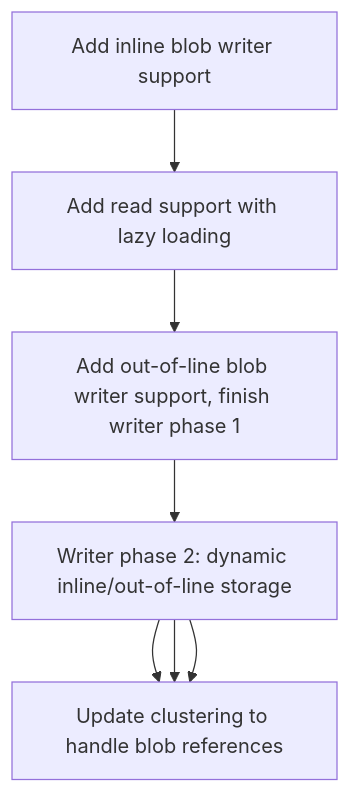
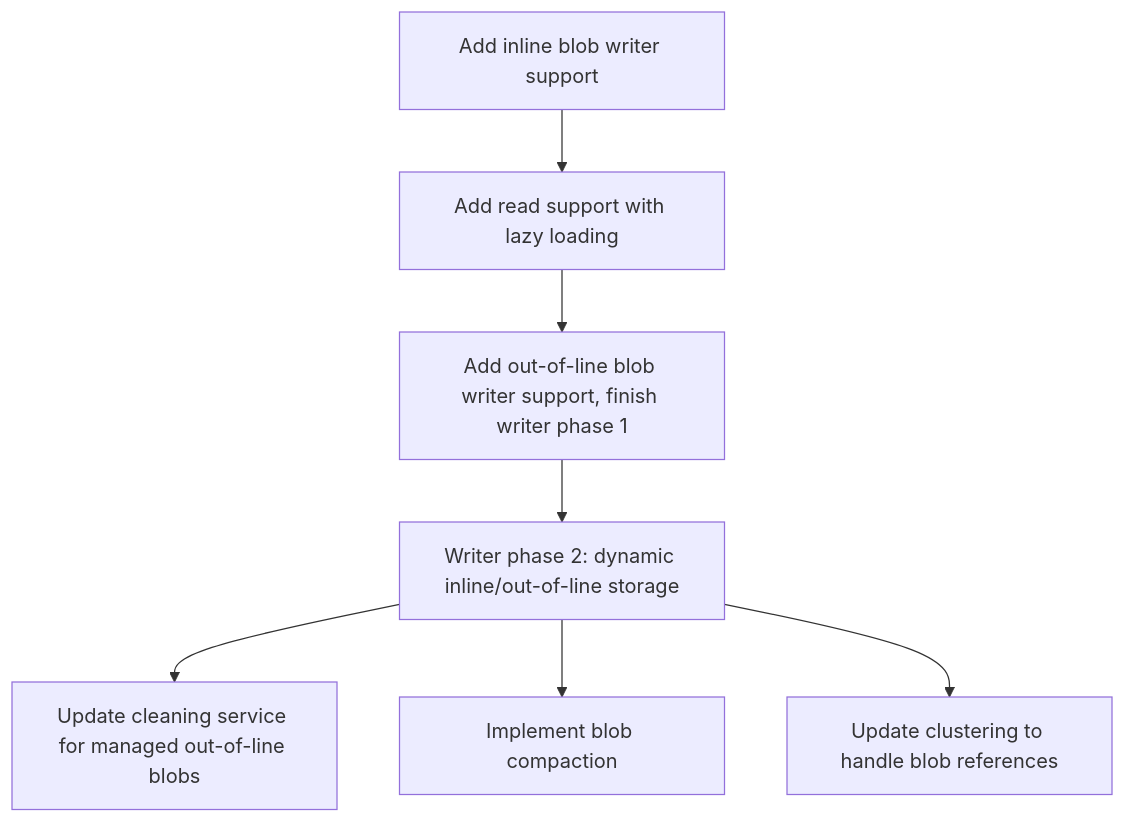
Before and after one commit to apache/hudi: the diagram in rfc/rfc-100/rfc-100.md, drawn with Mermaid. The commit also changed other lines of this file, not shown here.

Commit message:
fix graph, add 3rd approach for reference tracking

````diff
--- a/rfc/rfc-100/rfc-100.md
+++ b/rfc/rfc-100/rfc-100.md
@@ -209,9 +210,9 @@
 ```mermaid
 graph TD;
     A[Add inline blob writer support]-->B[Add read support with lazy loading];
     B-->C[Add out-of-line blob writer support, finish writer phase 1];
     C-->D[Writer phase 2: dynamic inline/out-of-line storage];
     D-->E[Update cleaning service for managed out-of-line blobs];
-    D-->E[Implement blob compaction];
-    D-->E[Update clustering to handle blob references];
+    D-->F[Implement blob compaction];
+    D-->G[Update clustering to handle blob references];
 ```
````
